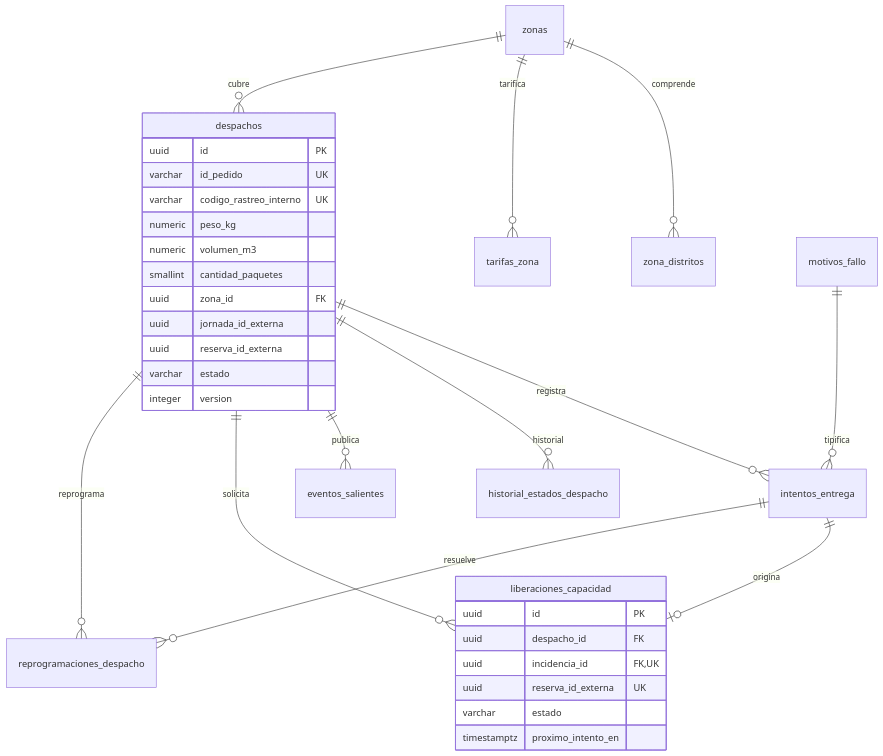
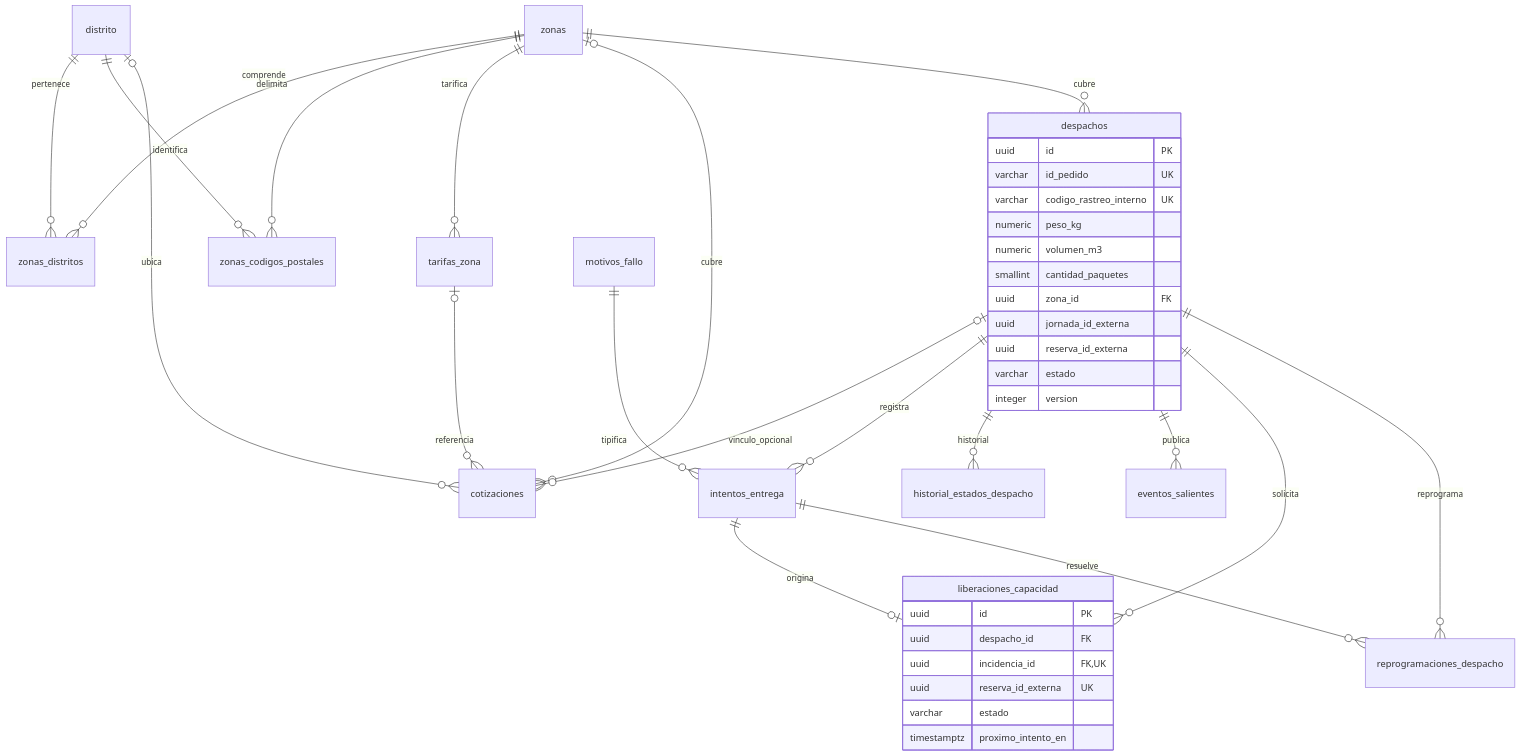
The first of 2 diagrams in arquitectura/modelo-datos.md (Taller-SW-Web/G2-Despacho-Specs), drawn with Mermaid before and after one commit. The commit also changed other lines of this file and 32 other files, not shown here.

````diff
--- a/arquitectura/modelo-datos.md
+++ b/arquitectura/modelo-datos.md
@@ -43,37 +49,44 @@
 ```mermaid
 erDiagram
-    zonas ||--o{ zona_distritos : comprende
+    zonas ||--o{ zonas_distritos : comprende
+    distrito ||--o{ zonas_distritos : pertenece
+    zonas ||--o{ zonas_codigos_postales : delimita
+    distrito ||--o{ zonas_codigos_postales : identifica
     zonas ||--o{ tarifas_zona : tarifica
+    zonas |o--o{ cotizaciones : cubre
+    tarifas_zona |o--o{ cotizaciones : referencia
+    distrito |o--o{ cotizaciones : ubica
+    despachos |o--o{ cotizaciones : vinculo_opcional
     zonas ||--o{ despachos : cubre
     despachos ||--o{ intentos_entrega : registra
     motivos_fallo ||--o{ intentos_entrega : tipifica
     despachos ||--o{ historial_estados_despacho : historial
     despachos ||--o{ eventos_salientes : publica
     despachos ||--o{ liberaciones_capacidad : solicita
     intentos_entrega ||--o| liberaciones_capacidad : origina
     despachos ||--o{ reprogramaciones_despacho : reprograma
     intentos_entrega ||--o{ reprogramaciones_despacho : resuelve
 
     liberaciones_capacidad {
         uuid id PK
         uuid despacho_id FK
         uuid incidencia_id FK, UK
         uuid reserva_id_externa UK
         varchar estado
         timestamptz proximo_intento_en
     }
 
     despachos {
         uuid id PK
         varchar id_pedido UK
         varchar codigo_rastreo_interno UK
         numeric peso_kg
         numeric volumen_m3
         smallint cantidad_paquetes
         uuid zona_id FK
         uuid jornada_id_externa
         uuid reserva_id_externa
         varchar estado
         integer version
     }
 ```
````
